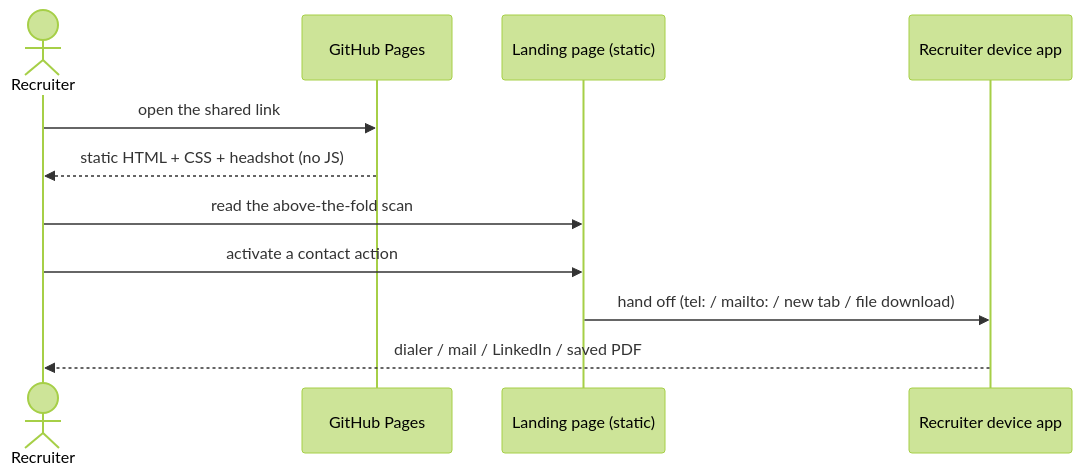
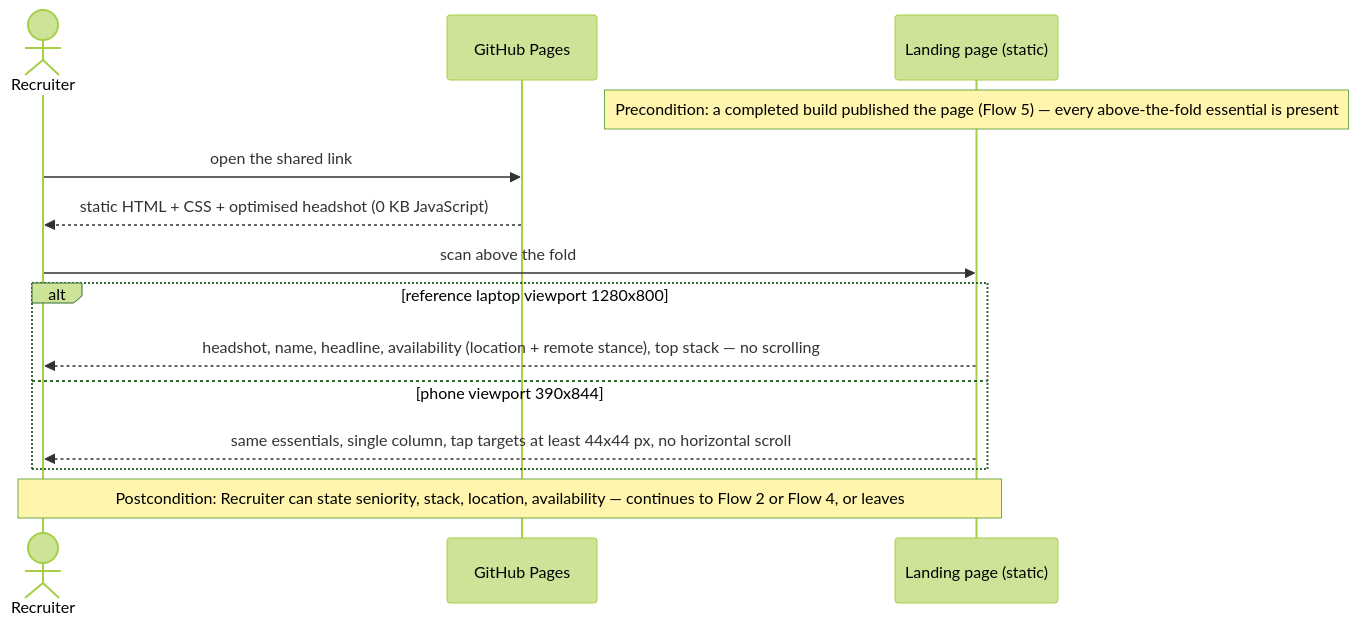
Before and after one commit to financeasist/personal-page: the third of 7 diagrams in docs/features/personal-landing/sad.md, drawn with Mermaid (forest theme). The commit also changed other lines of this file, not shown here.

First line of the commit message:
sequences: personal-landing runtime flows

````diff
--- a/docs/features/personal-landing/sad.md
+++ b/docs/features/personal-landing/sad.md
@@ -193,13 +173,16 @@
 ```mermaid
 sequenceDiagram
     actor Recruiter
     participant Pages as GitHub Pages
     participant Page as Landing page (static)
-    participant Device as Recruiter device app
+    Note over Page: Precondition: a completed build published the page (Flow 5) — every above-the-fold essential is present
     Recruiter->>Pages: open the shared link
-    Pages-->>Recruiter: static HTML + CSS + headshot (no JS)
-    Recruiter->>Page: read the above-the-fold scan
-    Recruiter->>Page: activate a contact action
-    Page->>Device: hand off (tel: / mailto: / new tab / file download)
-    Device-->>Recruiter: dialer / mail / LinkedIn / saved PDF
+    Pages-->>Recruiter: static HTML + CSS + optimised headshot (0 KB JavaScript)
+    Recruiter->>Page: scan above the fold
+    alt reference laptop viewport 1280x800
+        Page-->>Recruiter: headshot, name, headline, availability (location + remote stance), top stack — no scrolling
+    else phone viewport 390x844
+        Page-->>Recruiter: same essentials, single column, tap targets at least 44x44 px, no horizontal scroll
+    end
+    Note over Recruiter,Page: Postcondition: Recruiter can state seniority, stack, location, availability — continues to Flow 2 or Flow 4, or leaves
 ```
````
